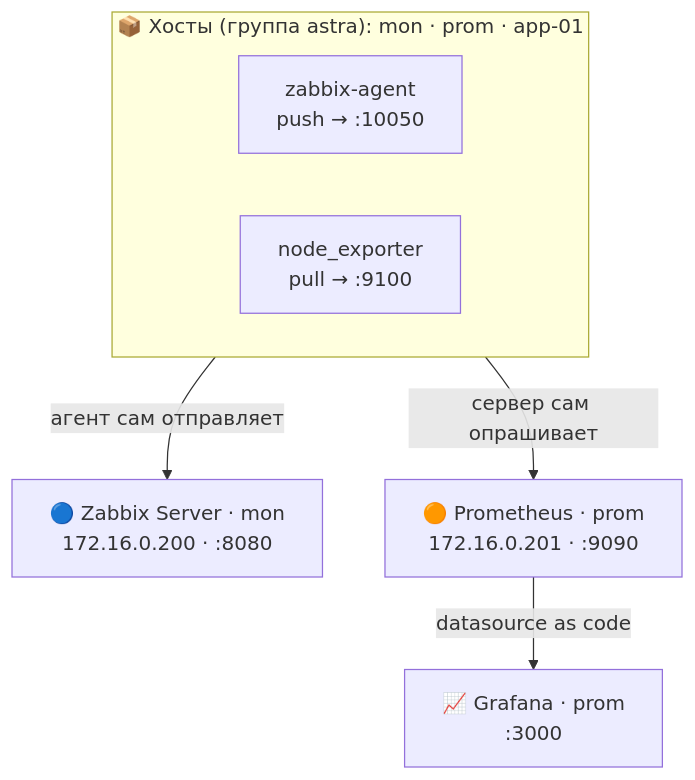
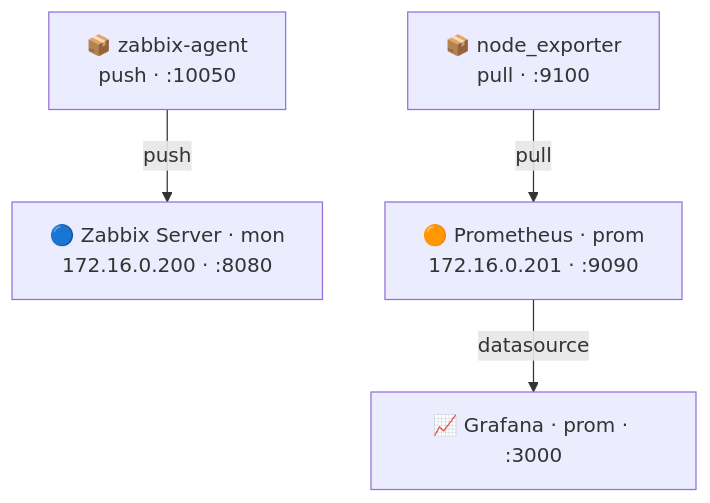
The second of 2 diagrams in README.md (damero-lab/infra), drawn with Mermaid before and after one commit. The commit also changed 2 other files, not shown here.

Commit message:
docs(readme): symmetric monitoring diagram (2x2 grid, short arrow labels)

````diff
--- a/README.md
+++ b/README.md
@@ -96,12 +96,6 @@
 ```mermaid
 flowchart TD
-    subgraph HOSTS["📦 Хосты (группа astra): mon · prom · app-01"]
-        direction LR
-        ZA["zabbix-agent<br/>push → :10050"]
-        NE["node_exporter<br/>pull → :9100"]
-    end
-
-    HOSTS -->|"агент сам отправляет"| ZS["🔵 Zabbix Server · mon<br/>172.16.0.200 · :8080"]
-    HOSTS -->|"сервер сам опрашивает"| PR["🟠 Prometheus · prom<br/>172.16.0.201 · :9090"]
-    PR -->|"datasource as code"| GR["📈 Grafana · prom<br/>:3000"]
+    ZA["📦 zabbix-agent<br/>push · :10050"] -->|"push"| ZS["🔵 Zabbix Server · mon<br/>172.16.0.200 · :8080"]
+    NE["📦 node_exporter<br/>pull · :9100"] -->|"pull"| PR["🟠 Prometheus · prom<br/>172.16.0.201 · :9090"]
+    PR -->|"datasource"| GR["📈 Grafana · prom · :3000"]
 ```
````
